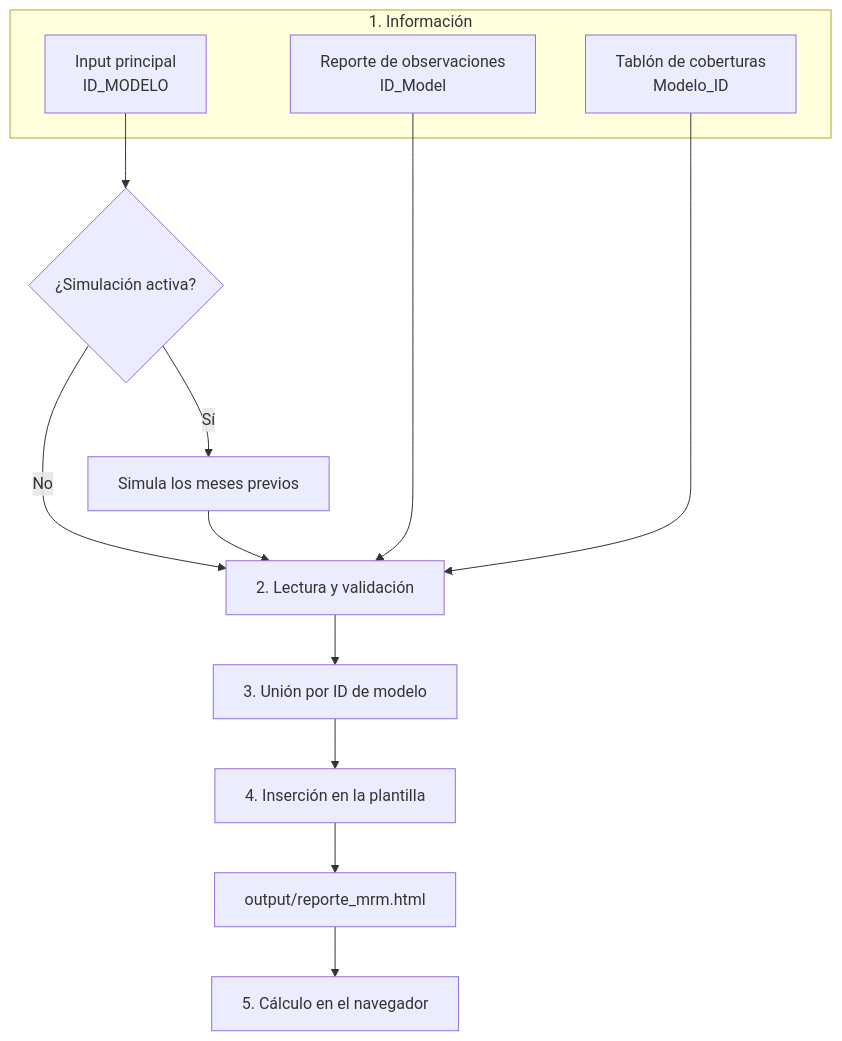
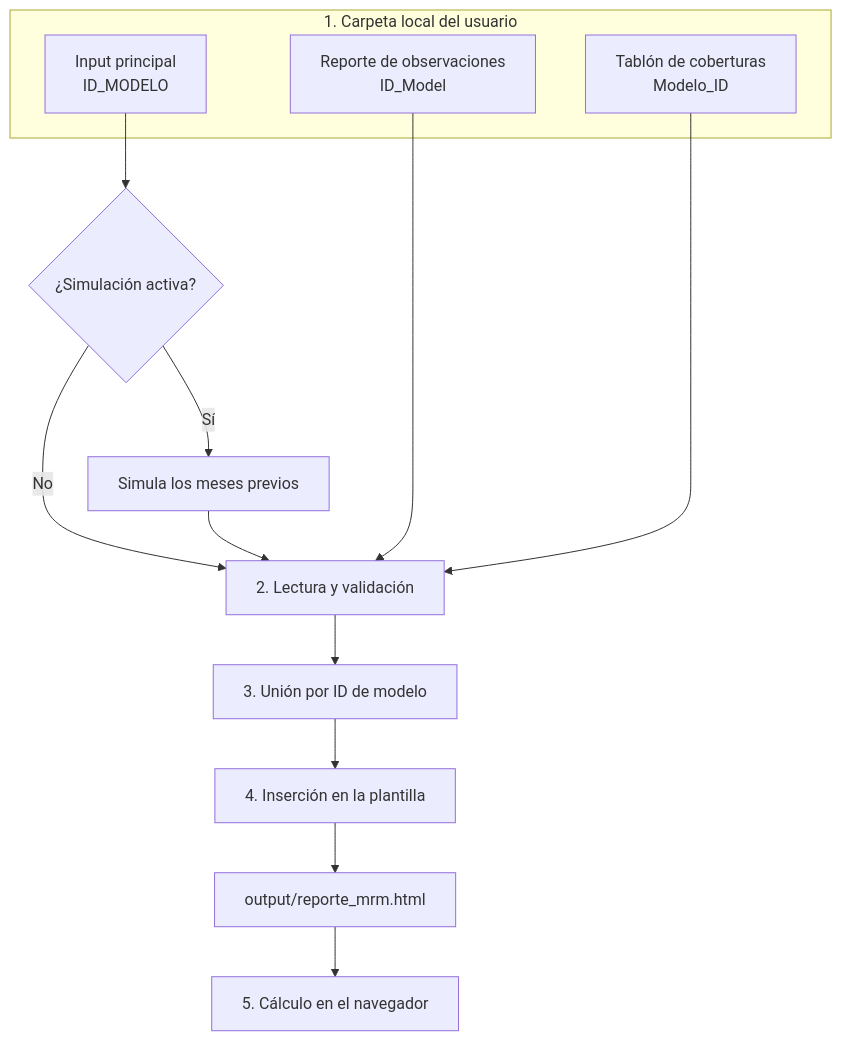
One commit to DanteBarreto/Score-MRM-2.0 changed the diagram in docs/proceso.md. Above: the diagram before and after it, drawn with Mermaid. The commit also changed other lines of this file and 15 other files, not shown here.

First line of the commit message:
Leer los inputs desde una carpeta local de cada usuario

````diff
--- a/docs/proceso.md
+++ b/docs/proceso.md
@@ -7,18 +7,18 @@
 ```mermaid
 flowchart TD
-    subgraph E[1. Información]
+    subgraph E[1. Carpeta local del usuario]
       A[Input principal<br>ID_MODELO]
       B[Reporte de observaciones<br>ID_Model]
       C[Tablón de coberturas<br>Modelo_ID]
     end
     A --> S{¿Simulación activa?}
     S -- Sí --> H[Simula los meses previos]
     S -- No --> L
     H --> L[2. Lectura y validación]
     B --> L
     C --> L
     L --> U[3. Unión por ID de modelo]
     U --> P[4. Inserción en la plantilla]
     P --> R[output/reporte_mrm.html]
     R --> N[5. Cálculo en el navegador]
 ```
````
